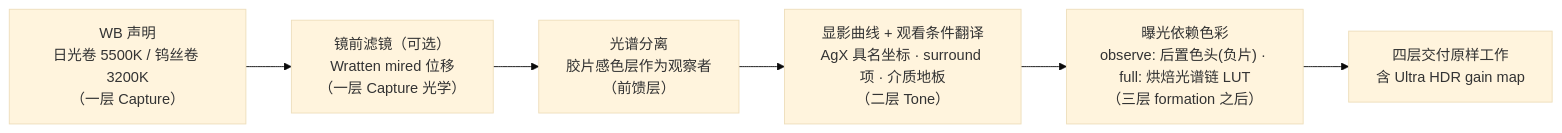
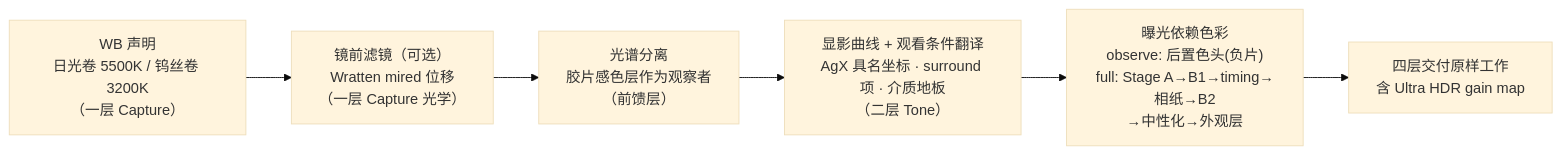
The third of 3 diagrams in docs/ARCHITECTURE.zh-CN.md (Gen-416/AgXRAW), drawn with Mermaid (base theme) before and after one commit. The commit also changed 14 other files, not shown here.

````diff
--- a/docs/ARCHITECTURE.zh-CN.md
+++ b/docs/ARCHITECTURE.zh-CN.md
@@ -777,10 +777,10 @@
 ```mermaid
 flowchart LR
     D1["WB 声明<br/>日光卷 5500K / 钨丝卷 3200K<br/>（一层 Capture）"]
     D2["镜前滤镜（可选）<br/>Wratten mired 位移<br/>（一层 Capture 光学）"]
     D3["光谱分离<br/>胶片感色层作为观察者<br/>（前馈层）"]
     D4["显影曲线 + 观看条件翻译<br/>AgX 具名坐标 · surround 项 · 介质地板<br/>（二层 Tone）"]
-    D5["曝光依赖色彩<br/>observe: 后置色头(负片) · full: 烘焙光谱链 LUT<br/>（三层 formation 之后）"]
+    D5["曝光依赖色彩<br/>observe: 后置色头(负片)<br/>full: Stage A→B1→timing→相纸→B2<br/>→中性化→外观层"]
     D1 --> D2 --> D3 --> D4 --> D5
     D5 --> OUT["四层交付原样工作<br/>含 Ultra HDR gain map"]
 ```
````
